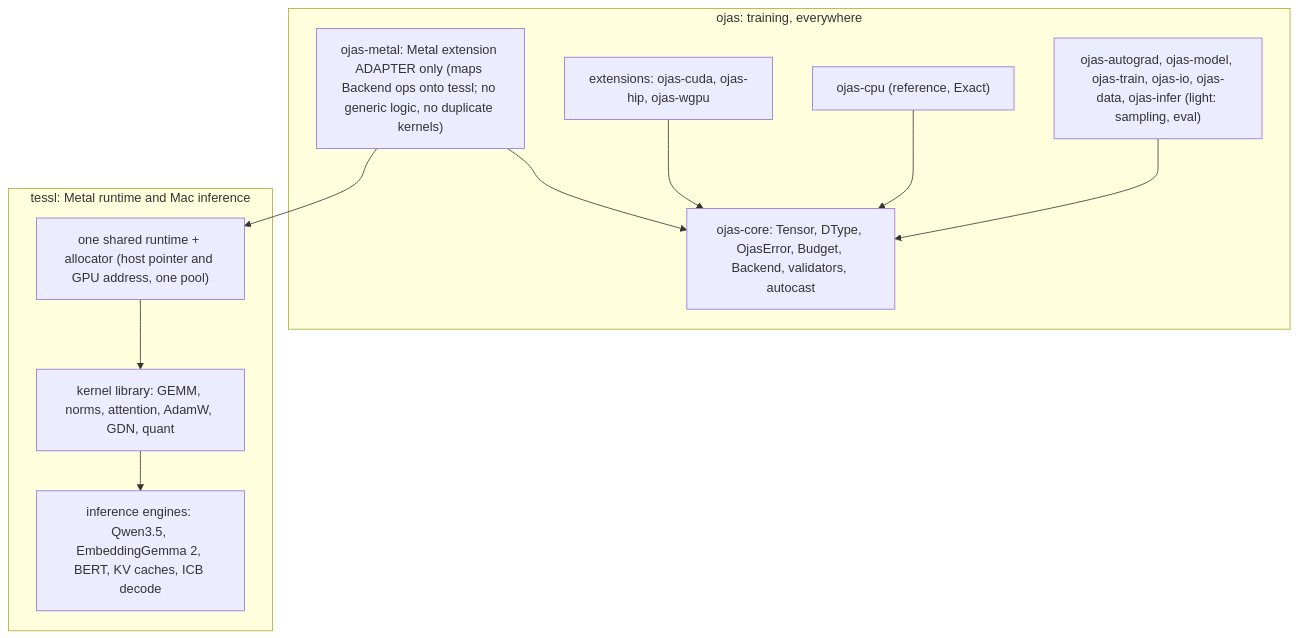
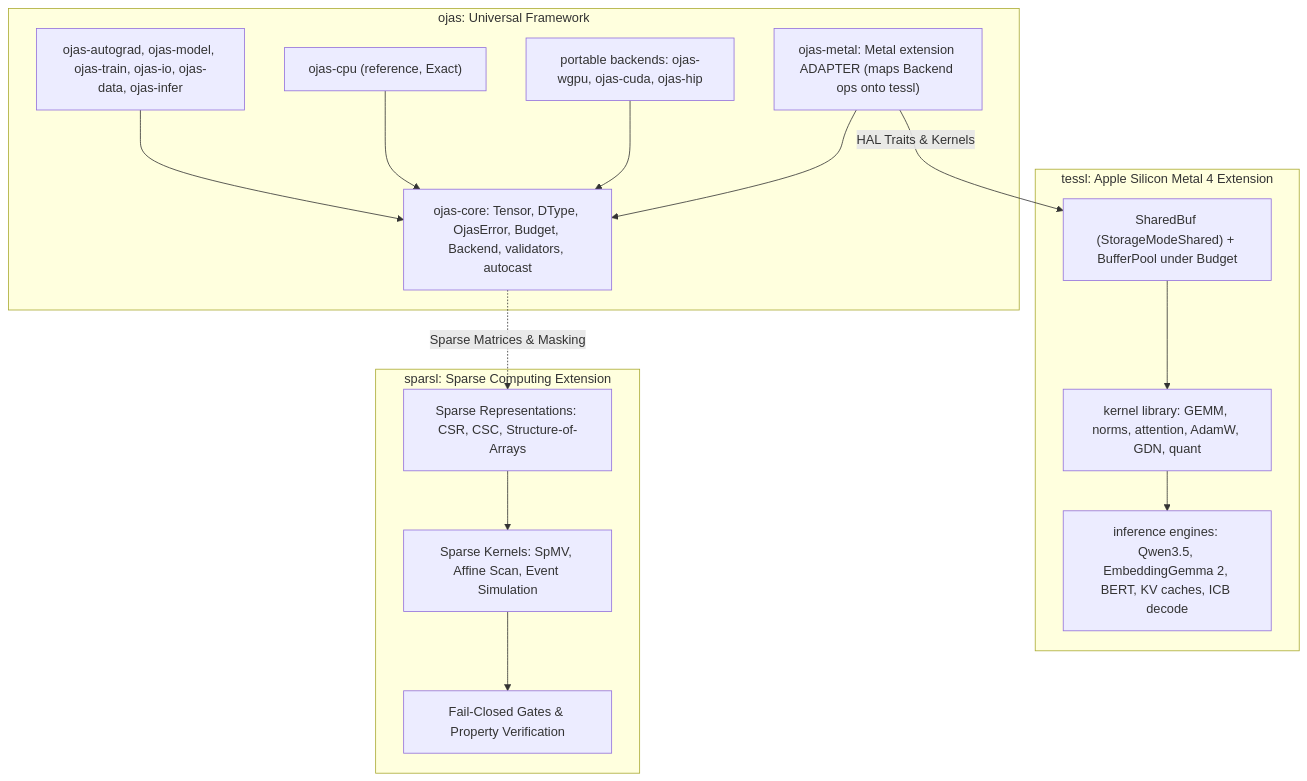
Before and after one commit to bharathvbcr/ojas: the first of 9 diagrams in docs/architecture.md, drawn with Mermaid. The commit also changed other lines of this file and 58 other files, not shown here.

First line of the commit message:
docs: frame tessl and sparsl as modular compute extensions

````diff
--- a/docs/architecture.md
+++ b/docs/architecture.md
@@ -43,21 +40,31 @@
 ```mermaid
 flowchart TD
-    subgraph OjasTarget["ojas: training, everywhere"]
+    subgraph OjasUniversal["ojas: Universal Framework"]
         GCore["ojas-core: Tensor, DType, OjasError, Budget, Backend, validators, autocast"]
-        GTrain["ojas-autograd, ojas-model, ojas-train, ojas-io, ojas-data, ojas-infer (light: sampling, eval)"]
+        GTrain["ojas-autograd, ojas-model, ojas-train, ojas-io, ojas-data, ojas-infer"]
         GCpu["ojas-cpu (reference, Exact)"]
-        GExt["extensions: ojas-cuda, ojas-hip, ojas-wgpu"]
-        GAdapter["ojas-metal: Metal extension ADAPTER only (maps Backend ops onto tessl; no generic logic, no duplicate kernels)"]
+        GExt["portable backends: ojas-wgpu, ojas-cuda, ojas-hip"]
+        GAdapter["ojas-metal: Metal extension ADAPTER (maps Backend ops onto tessl)"]
         GTrain --> GCore
         GCpu --> GCore
         GExt --> GCore
         GAdapter --> GCore
     end
-    subgraph TesslTarget["tessl: Metal runtime and Mac inference"]
-        GRt["one shared runtime + allocator (host pointer and GPU address, one pool)"]
-        GKern["kernel library: GEMM, norms, attention, AdamW, GDN, quant"]
-        GProd["inference engines: Qwen3.5, EmbeddingGemma 2, BERT, KV caches, ICB decode"]
-        GRt --> GKern --> GProd
+
+    subgraph TesslExtension["tessl: Apple Silicon Metal 4 Extension"]
+        TRt["SharedBuf (StorageModeShared) + BufferPool under Budget"]
+        TKern["kernel library: GEMM, norms, attention, AdamW, GDN, quant"]
+        TInf["inference engines: Qwen3.5, EmbeddingGemma 2, BERT, KV caches, ICB decode"]
+        TRt --> TKern --> TInf
     end
-    GAdapter --> GRt
+
+    subgraph SparslExtension["sparsl: Sparse Computing Extension"]
+        SRpr["Sparse Representations: CSR, CSC, Structure-of-Arrays"]
+        SKern["Sparse Kernels: SpMV, Affine Scan, Event Simulation"]
+        SGate["Fail-Closed Gates & Property Verification"]
+        SRpr --> SKern --> SGate
+    end
+
+    GAdapter -->|HAL Traits & Kernels| TRt
+    GCore -.->|Sparse Matrices & Masking| SRpr
 ```
````
